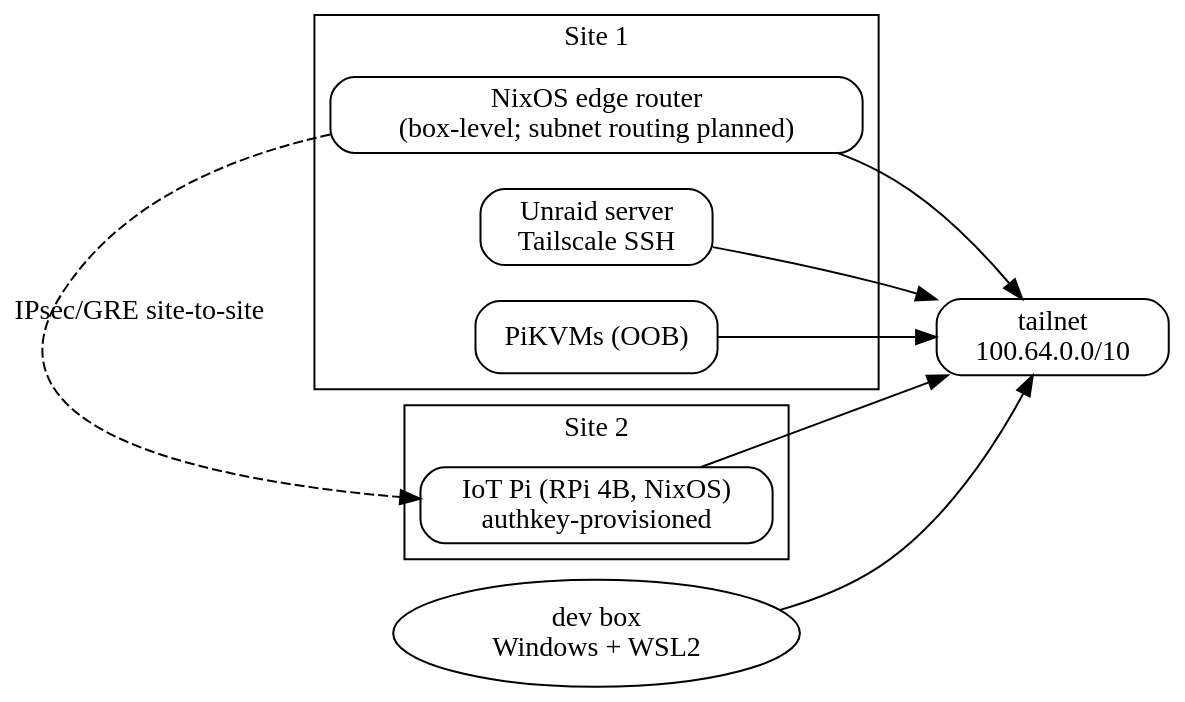
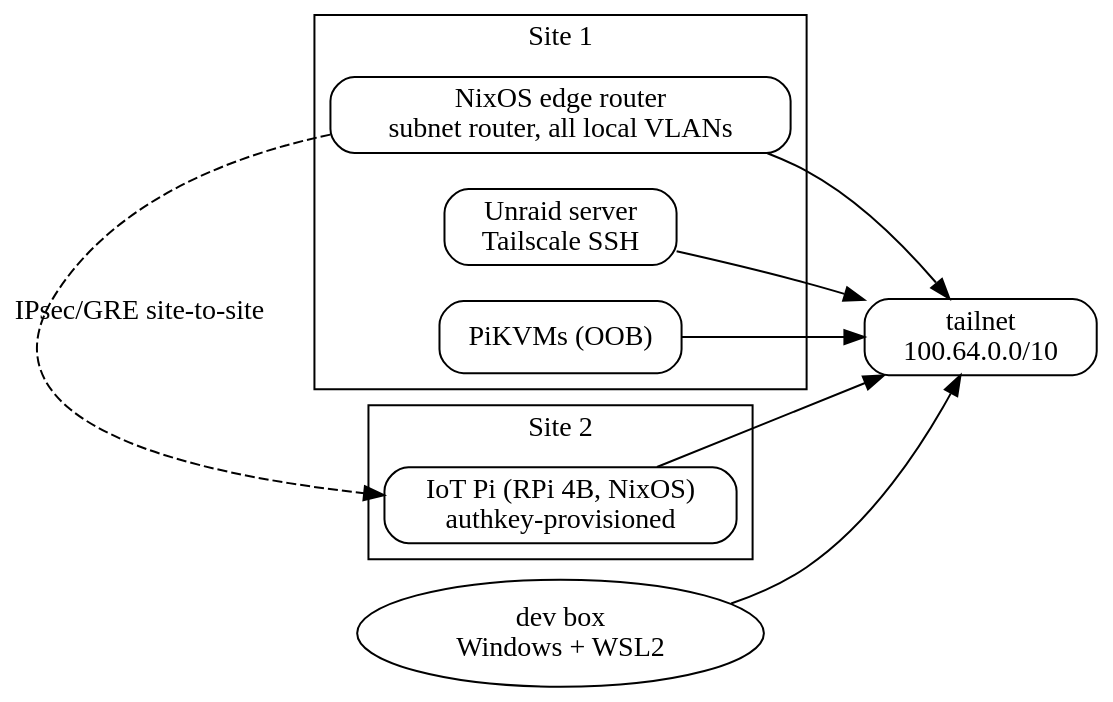
One commit to erfianugrah/lexicanum changed the diagram in src/content/docs/reference/tailscale-homelab.mdx. Above: the diagram before and after it, drawn with Graphviz. The commit also changed other lines of this file, not shown here.

First line of the commit message:
docs: subnet routing is live in the tailscale homelab reference

````diff
--- a/src/content/docs/reference/tailscale-homelab.mdx
+++ b/src/content/docs/reference/tailscale-homelab.mdx
@@ -43,29 +44,29 @@
 ```dot
 digraph tailnet {
   bgcolor="transparent";
   rankdir=LR;
   node [shape=box, style=rounded];
   ts [label="tailnet\n100.64.0.0/10", shape=cloud];
 
   subgraph cluster_site1 {
     label="Site 1";
-    router [label="NixOS edge router\n(box-level; subnet routing planned)"];
+    router [label="NixOS edge router\nsubnet router, all local VLANs"];
     unraid [label="Unraid server\nTailscale SSH"];
     pikvm [label="PiKVMs (OOB)"];
   }
 
   subgraph cluster_site2 {
     label="Site 2";
     iotpi [label="IoT Pi (RPi 4B, NixOS)\nauthkey-provisioned"];
   }
 
   devbox [label="dev box\nWindows + WSL2", shape=ellipse];
 
   router -> ts;
   unraid -> ts;
   pikvm -> ts;
   iotpi -> ts;
   devbox -> ts;
   router -> iotpi [label="IPsec/GRE site-to-site", style=dashed, constraint=false];
 }
 ```
````
